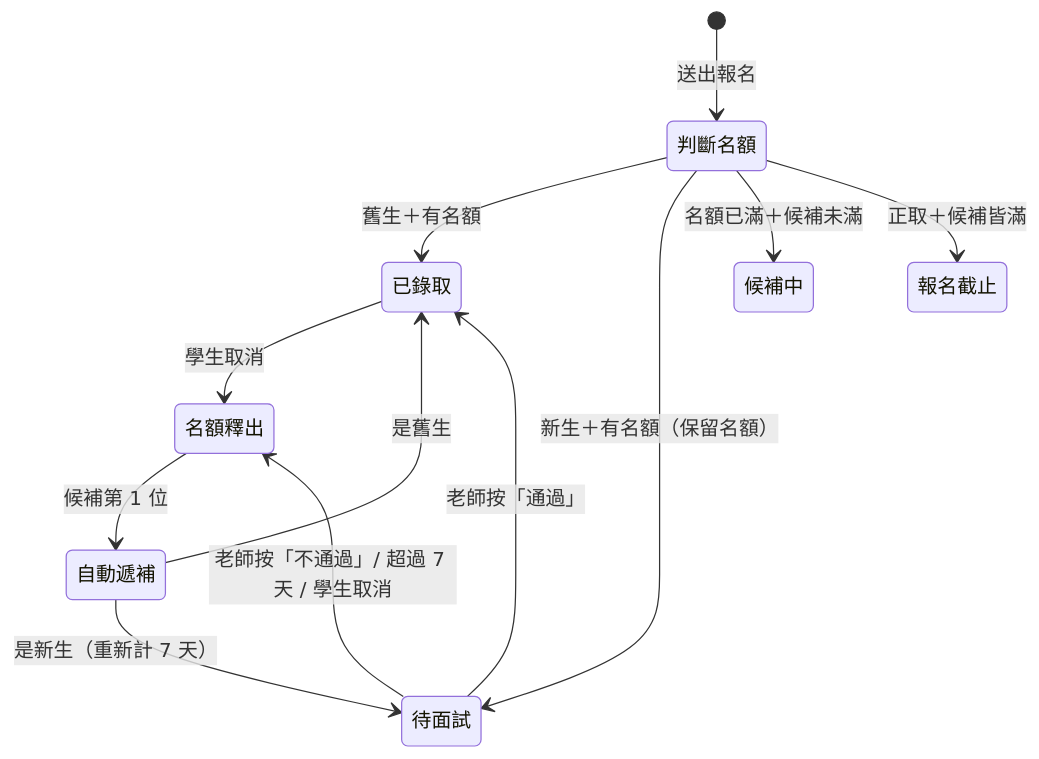
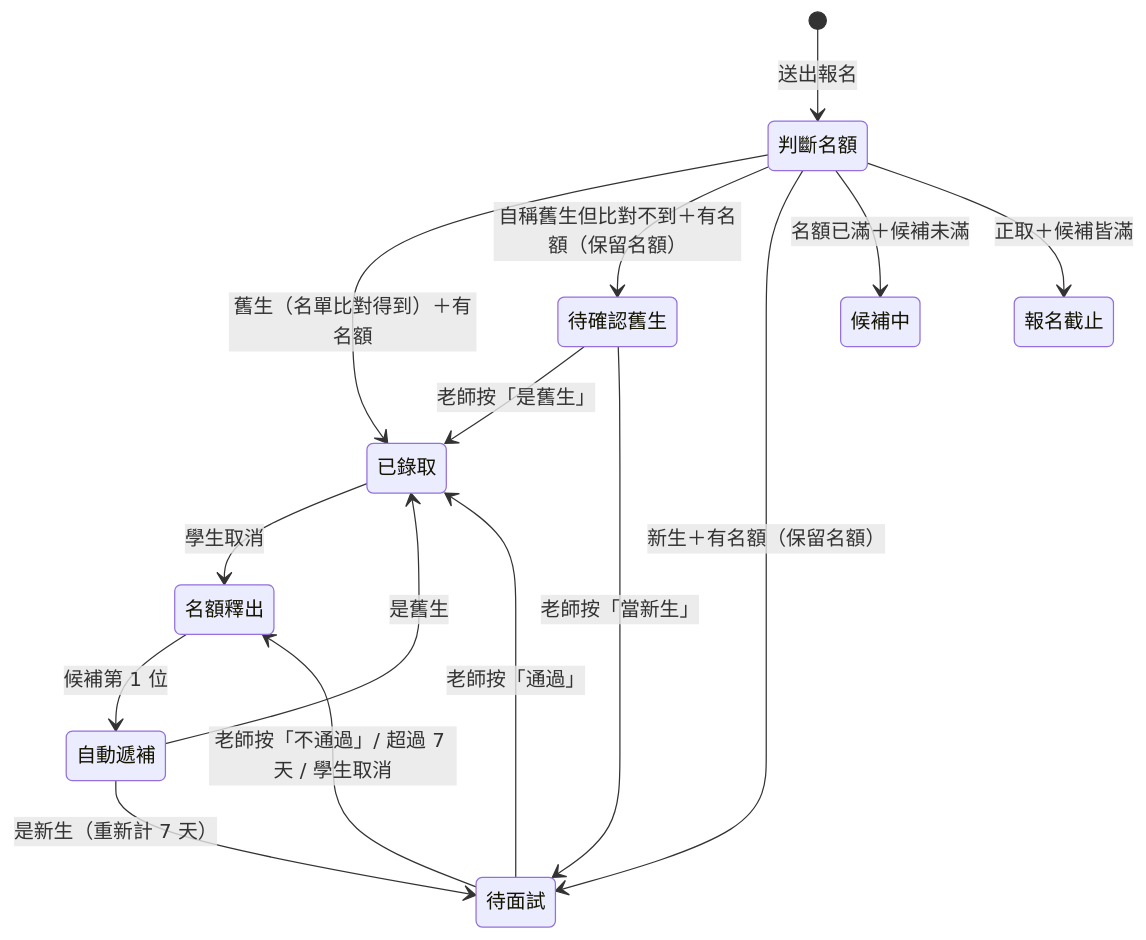
Before and after one commit to vivian8707/vivian-yoga: the diagram in docs/retreat-signup-flow.md, drawn with Mermaid. The commit also changed other lines of this file, not shown here.

````diff
--- a/docs/retreat-signup-flow.md
+++ b/docs/retreat-signup-flow.md
@@ -49,16 +54,20 @@
 ```mermaid
 stateDiagram-v2
     [*] --> 判斷名額: 送出報名
-    判斷名額 --> 已錄取: 舊生＋有名額
+    判斷名額 --> 已錄取: 舊生（名單比對得到）＋有名額
+    判斷名額 --> 待確認舊生: 自稱舊生但比對不到＋有名額（保留名額）
     判斷名額 --> 待面試: 新生＋有名額（保留名額）
+
+    待確認舊生 --> 已錄取: 老師按「是舊生」
+    待確認舊生 --> 待面試: 老師按「當新生」
     判斷名額 --> 候補中: 名額已滿＋候補未滿
     判斷名額 --> 報名截止: 正取＋候補皆滿
 
     待面試 --> 已錄取: 老師按「通過」
     待面試 --> 名額釋出: 老師按「不通過」/ 超過 7 天 / 學生取消
     已錄取 --> 名額釋出: 學生取消
 
     名額釋出 --> 自動遞補: 候補第 1 位
     自動遞補 --> 已錄取: 是舊生
     自動遞補 --> 待面試: 是新生（重新計 7 天）
 ```
````
